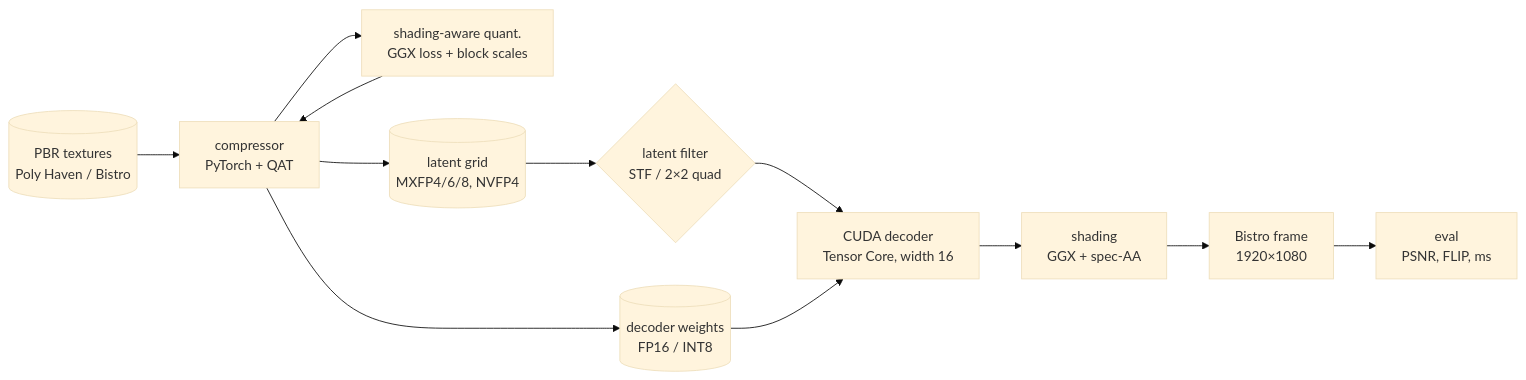
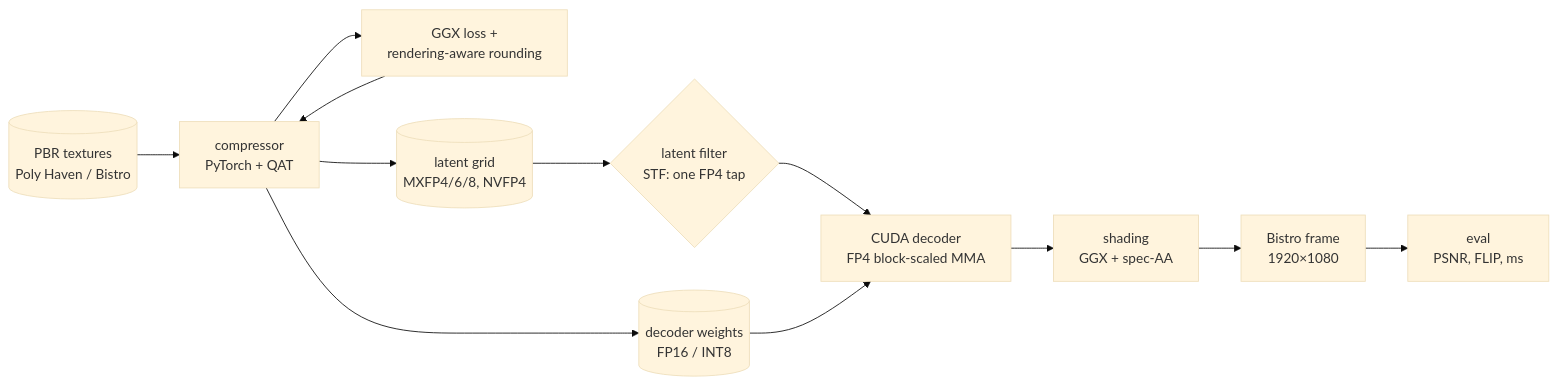
One commit to Rakanic/sixteen-lion changed the first of 11 diagrams in .claude/project-log.md. Above: the diagram before and after it, drawn with Mermaid (base theme). The commit also changed other lines of this file and 30 other files, not shown here.

First line of the commit message:
Decoder v1, scale/rounding experiments, paper brief

````diff
--- a/.claude/project-log.md
+++ b/.claude/project-log.md
@@ -14,14 +14,14 @@
 ```mermaid
 flowchart LR
   TEX[("PBR textures<br/>Poly Haven / Bistro")] --> CMP["compressor<br/>PyTorch + QAT"]
-  CMP --> SL["shading-aware quant.<br/>GGX loss + block scales"]
+  CMP --> SL["GGX loss +<br/>rendering-aware rounding"]
   SL --> CMP
   CMP --> LAT[("latent grid<br/>MXFP4/6/8, NVFP4")]
   CMP --> W[("decoder weights<br/>FP16 / INT8")]
-  LAT --> FLT{"latent filter<br/>STF / 2×2 quad"}
-  FLT --> DEC["CUDA decoder<br/>Tensor Core, width 16"]
+  LAT --> FLT{"latent filter<br/>STF: one FP4 tap"}
+  FLT --> DEC["CUDA decoder<br/>FP4 block-scaled MMA"]
   W --> DEC
   DEC --> SH["shading<br/>GGX + spec-AA"]
   SH --> FB["Bistro frame<br/>1920×1080"]
   FB --> EV["eval<br/>PSNR, FLIP, ms"]
 ```
````
